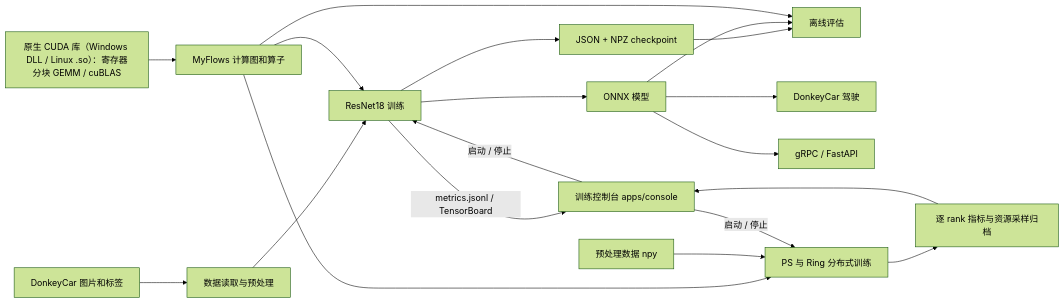
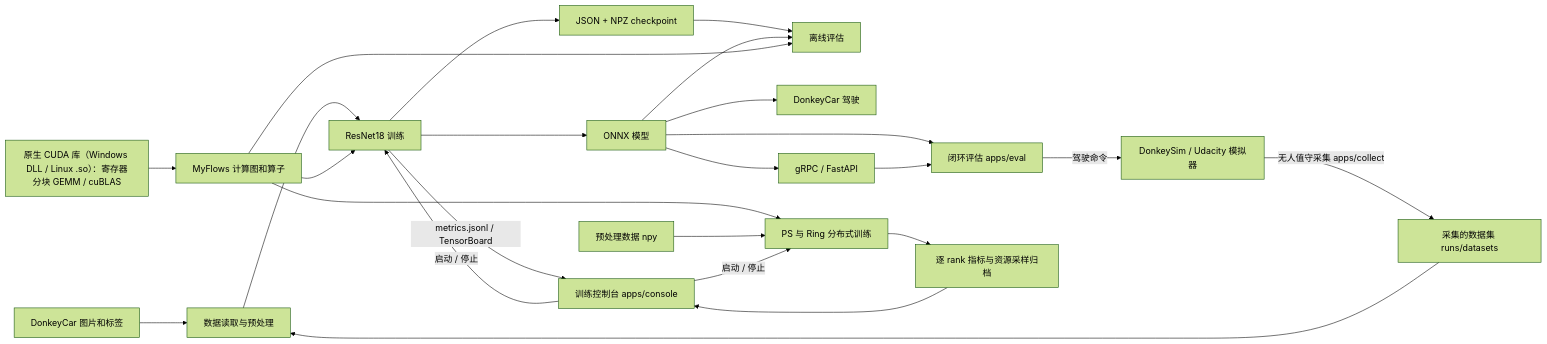
One commit to FGH-sudo/myflows-donkeycar changed the first of 4 diagrams in docs/system_design.md. Above: the diagram before and after it, drawn with Mermaid (forest theme). The commit also changed other lines of this file and 9 other files, not shown here.

```diff
--- a/docs/system_design.md
+++ b/docs/system_design.md
@@ -18,21 +18,26 @@
 ~~~mermaid
 flowchart LR
   data[DonkeyCar 图片和标签] --> common[数据读取与预处理]
+  sims[DonkeySim / Udacity 模拟器] -->|无人值守采集 apps/collect| collected[采集的数据集 runs/datasets]
+  collected --> common
   common --> train[ResNet18 训练]
   train --> checkpoint[JSON + NPZ checkpoint]
   train --> onnx[ONNX 模型]
   checkpoint --> eval[离线评估]
   onnx --> eval
   onnx --> pilot[DonkeyCar 驾驶]
   onnx --> serve[gRPC / FastAPI]
+  onnx --> loop[闭环评估 apps/eval]
+  serve --> loop
+  loop -->|驾驶命令| sims
   framework[MyFlows 计算图和算子] --> train
   framework --> eval
   native[原生 CUDA 库（Windows DLL / Linux .so）：寄存器分块 GEMM / cuBLAS] --> framework
   framework --> dist[PS 与 Ring 分布式训练]
   prepared[预处理数据 npy] --> dist
   dist --> archive[逐 rank 指标与资源采样归档]
   console[训练控制台 apps/console] -->|启动 / 停止| dist
   console -->|启动 / 停止| train
   archive --> console
   train -->|metrics.jsonl / TensorBoard| console
 ~~~
```
